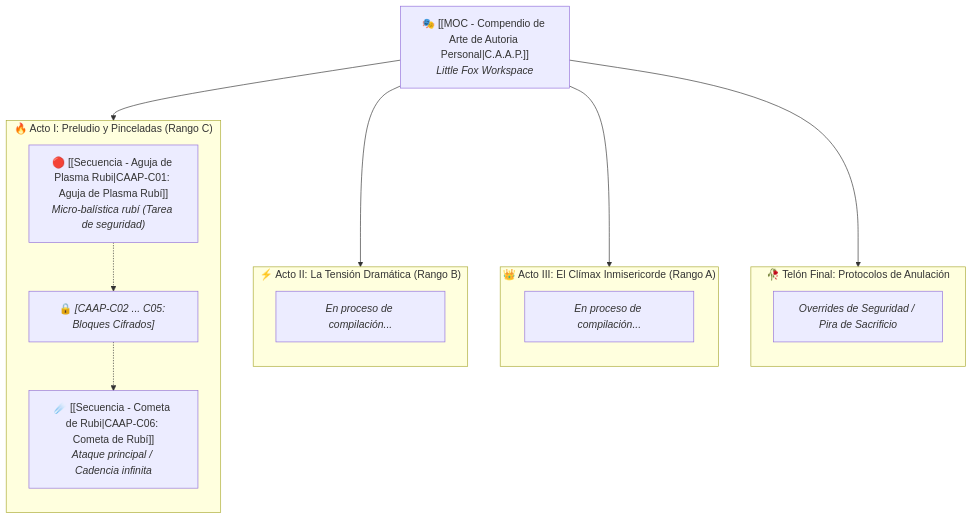
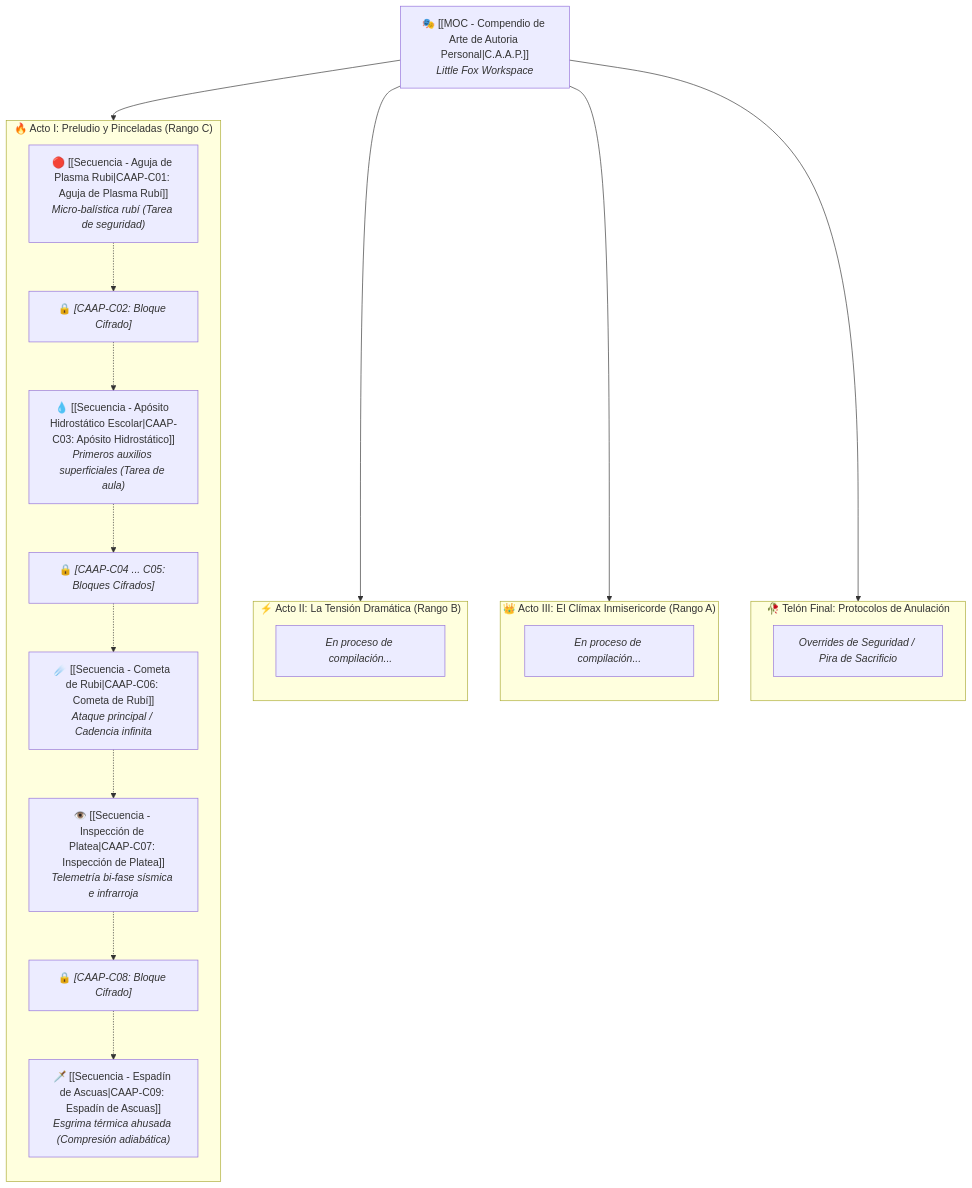
The diagram in personaje/CAAP - Compendio Arte Autoria Personal/MOC - Compendio de Arte de Autoria Personal.md (Gimsper/NeoterraVault), drawn with Mermaid before and after one commit. The commit also changed other lines of this file and 8 other files, not shown here.

````diff
--- a/personaje/CAAP - Compendio Arte Autoria Personal/MOC - Compendio de Arte de Autoria Personal.md
+++ b/personaje/CAAP - Compendio Arte Autoria Personal/MOC - Compendio de Arte de Autoria Personal.md
@@ -61,32 +61,37 @@
 ```mermaid
 flowchart TD
     MOC["🎭 [[MOC - Compendio de Arte de Autoria Personal|C.A.A.P.]]<br/><i>Little Fox Workspace</i>"]
     
     subgraph ActoI ["🔥 Acto I: Preludio y Pinceladas (Rango C)"]
         direction TB
         C1["🔴 [[Secuencia - Aguja de Plasma Rubi|CAAP-C01: Aguja de Plasma Rubí]]<br/><i>Micro-balística rubí (Tarea de seguridad)</i>"]
-        C_BLUR["🔒 <i>[CAAP-C02 ... C05: Bloques Cifrados]</i>"]
+        C2_BLUR["🔒 <i>[CAAP-C02: Bloque Cifrado]</i>"]
+        C3["💧 [[Secuencia - Apósito Hidrostático Escolar|CAAP-C03: Apósito Hidrostático]]<br/><i>Primeros auxilios superficiales (Tarea de aula)</i>"]
+        C_BLUR1["🔒 <i>[CAAP-C04 ... C05: Bloques Cifrados]</i>"]
         C6["☄️ [[Secuencia - Cometa de Rubi|CAAP-C06: Cometa de Rubí]]<br/><i>Ataque principal / Cadencia infinita</i>"]
-        C1 -.-> C_BLUR -.-> C6
+        C7["👁️ [[Secuencia - Inspección de Platea|CAAP-C07: Inspección de Platea]]<br/><i>Telemetría bi-fase sísmica e infrarroja</i>"]
+        C8_BLUR["🔒 <i>[CAAP-C08: Bloque Cifrado]</i>"]
+        C9["🗡️ [[Secuencia - Espadín de Ascuas|CAAP-C09: Espadín de Ascuas]]<br/><i>Esgrima térmica ahusada (Compresión adiabática)</i>"]
+        C1 -.-> C2_BLUR -.-> C3 -.-> C_BLUR1 -.-> C6 -.-> C7 -.-> C8_BLUR -.-> C9
     end
     
     subgraph ActoII ["⚡ Acto II: La Tensión Dramática (Rango B)"]
         direction TB
         B1["<i>En proceso de compilación...</i>"]
     end
 
     subgraph ActoIII ["👑 Acto III: El Clímax Inmisericorde (Rango A)"]
         direction TB
         A1["<i>En proceso de compilación...</i>"]
     end
 
     subgraph Bis ["🥀 Telón Final: Protocolos de Anulación"]
         direction TB
         O1["<i>Overrides de Seguridad / Pira de Sacrificio</i>"]
     end
 
     MOC --> ActoI
     MOC --> ActoII
     MOC --> ActoIII
     MOC --> Bis
 ```
````
